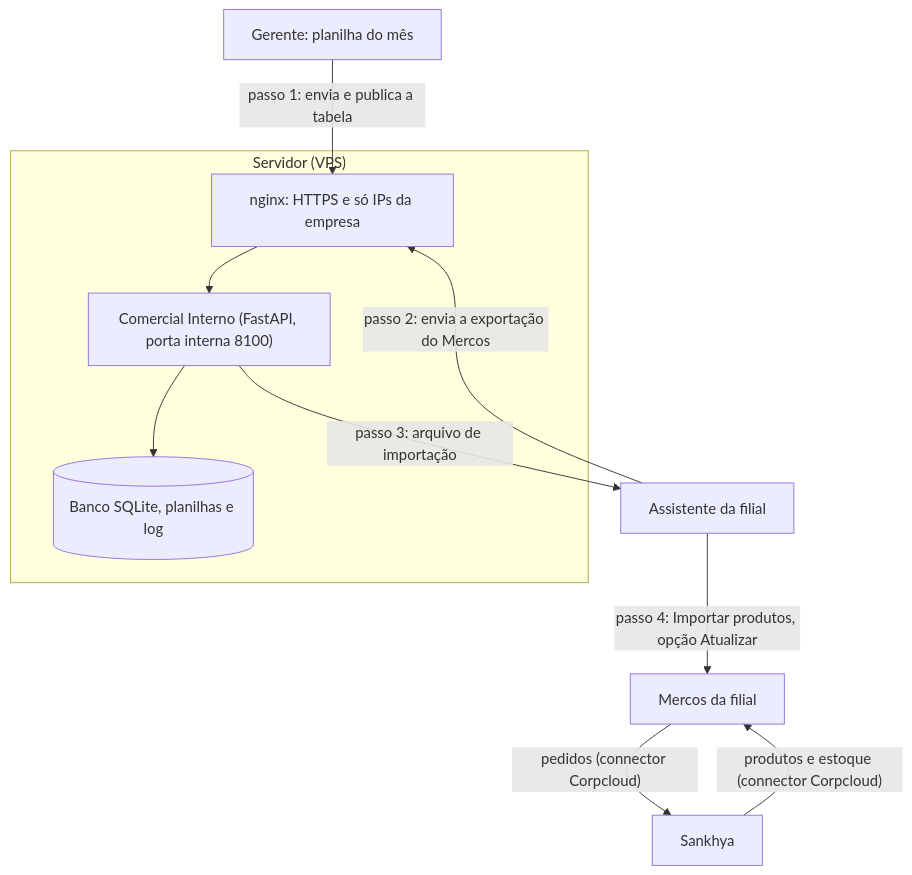
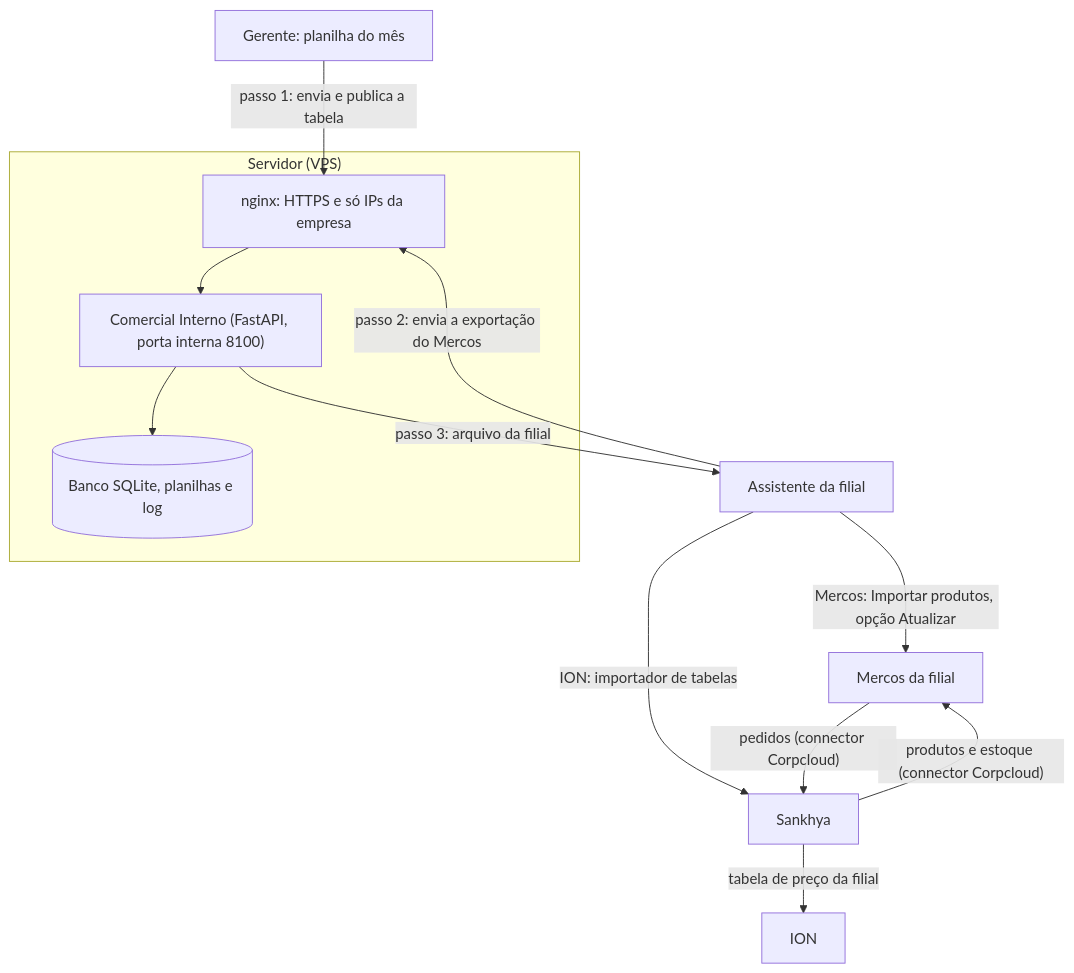
The diagram in README.md (kevincriscastro-boop/sankhya-mercos-precos), drawn with Mermaid before and after one commit. The commit also changed other lines of this file and 1 other file, not shown here.

Commit message:
Documentação: Mercos e ION lado a lado

````diff
--- a/README.md
+++ b/README.md
@@ -112,13 +142,15 @@
 ```mermaid
 flowchart TD
     G["Gerente: planilha do mês"] -->|"passo 1: envia e publica a tabela"| N
     A["Assistente da filial"] -->|"passo 2: envia a exportação do Mercos"| N
     subgraph VPS["Servidor (VPS)"]
         N["nginx: HTTPS e só IPs da empresa"] --> APP["Comercial Interno (FastAPI, porta interna 8100)"]
         APP --> DB[("Banco SQLite, planilhas e log")]
     end
-    APP -->|"passo 3: arquivo de importação"| A
-    A -->|"passo 4: Importar produtos, opção Atualizar"| M["Mercos da filial"]
+    APP -->|"passo 3: arquivo da filial"| A
+    A -->|"Mercos: Importar produtos, opção Atualizar"| M["Mercos da filial"]
+    A -->|"ION: importador de tabelas"| S
     S["Sankhya"] -->|"produtos e estoque (connector Corpcloud)"| M
     M -->|"pedidos (connector Corpcloud)"| S
+    S -->|"tabela de preço da filial"| I["ION"]
 ```
````
